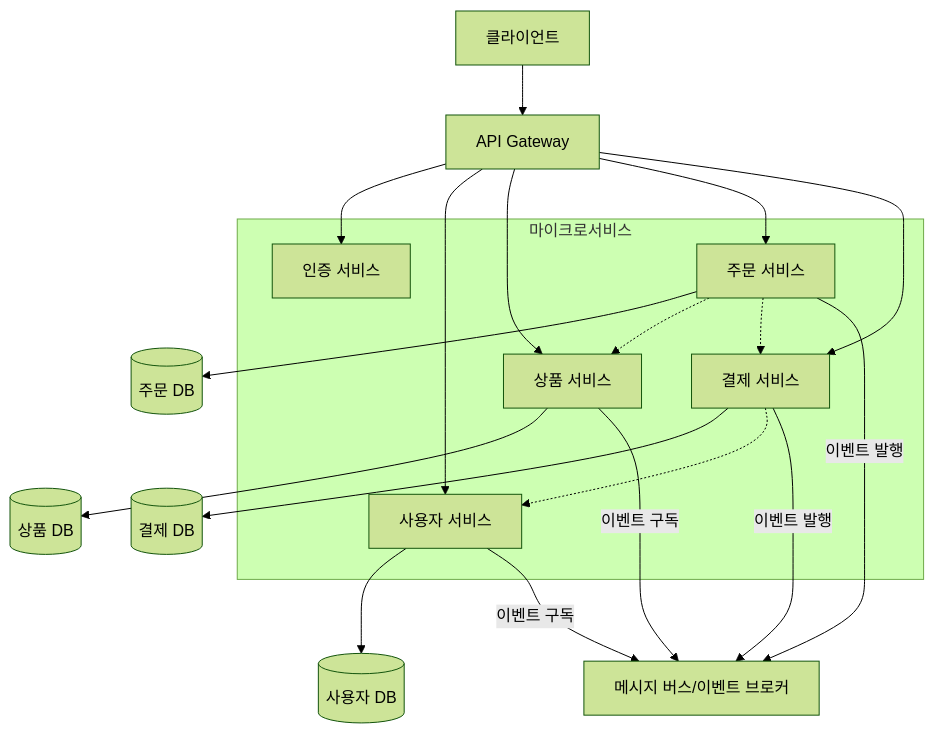
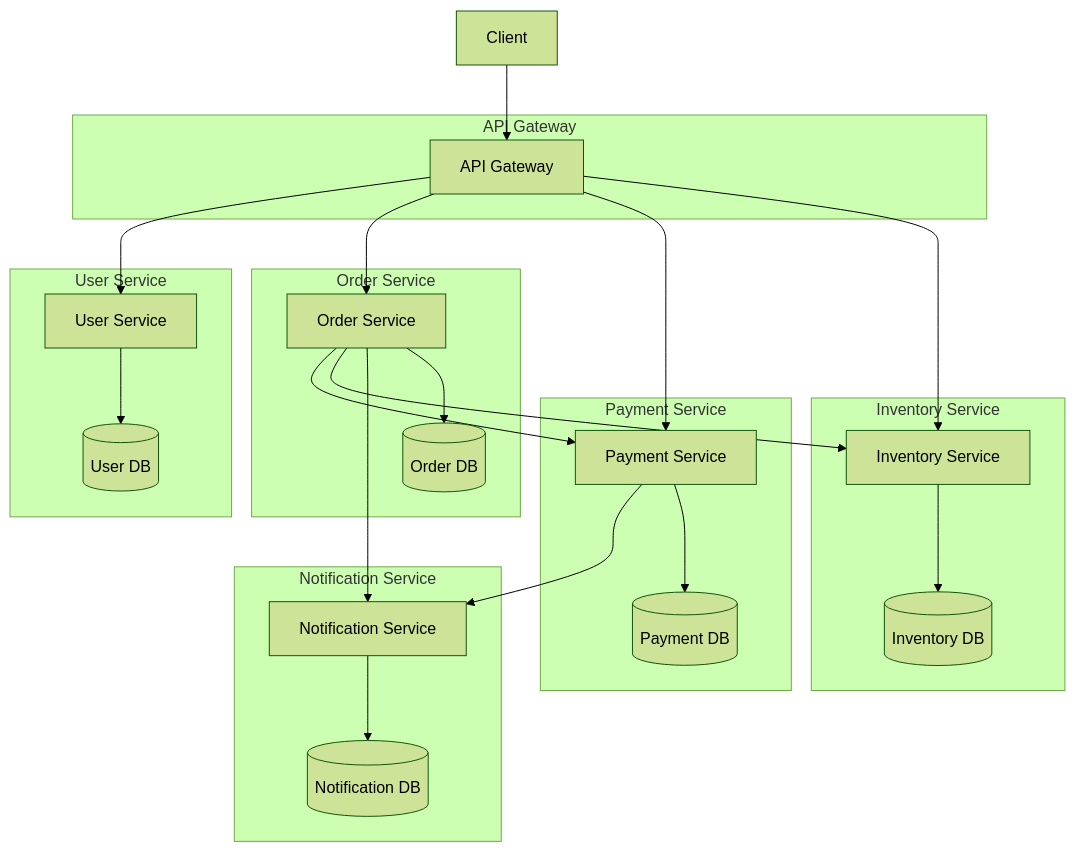
The second of 8 diagrams in Challenge/System Architecture.md (jjjjjunhyung/Roadmap), drawn with Mermaid (forest theme) before and after one commit.

Commit message:
Update System Architecture.md

````diff
--- a/Challenge/System Architecture.md
+++ b/Challenge/System Architecture.md
@@ -46,34 +46,48 @@
 ``` mermaid
-graph TB
-    Client[클라이언트] --> Gateway[API Gateway]
-    
-    Gateway --> Auth[인증 서비스]
-    Gateway --> Users[사용자 서비스]
-    Gateway --> Products[상품 서비스]
-    Gateway --> Orders[주문 서비스]
-    Gateway --> Payment[결제 서비스]
-    
-    subgraph "마이크로서비스"
-        Auth
-        Users
-        Products
-        Orders
-        Payment
+graph TD
+    subgraph "API Gateway"
+        AG[API Gateway]
     end
     
-    Users --> UserDB[(사용자 DB)]
-    Products --> ProductDB[(상품 DB)]
-    Orders --> OrderDB[(주문 DB)]
-    Payment --> PaymentDB[(결제 DB)]
+    subgraph "User Service"
+        US[User Service]
+        UDB[(User DB)]
+    end
     
-    Orders -.-> Products
-    Orders -.-> Payment
-    Payment -.-> Users
+    subgraph "Order Service"
+        OS[Order Service]
+        ODB[(Order DB)]
+    end
     
-    MessageBus[메시지 버스/이벤트 브로커]
+    subgraph "Payment Service"
+        PS[Payment Service]
+        PDB[(Payment DB)]
+    end
     
-    Orders --이벤트 발행--> MessageBus
-    Payment --이벤트 발행--> MessageBus
-    Products --이벤트 구독--> MessageBus
-    Users --이벤트 구독--> MessageBus
+    subgraph "Inventory Service"
+        IS[Inventory Service]
+        IDB[(Inventory DB)]
+    end
+    
+    subgraph "Notification Service"
+        NS[Notification Service]
+        NDB[(Notification DB)]
+    end
+    
+    C[Client] --> AG
+    AG --> US
+    AG --> OS
+    AG --> PS
+    AG --> IS
+    
+    OS --> PS
+    OS --> IS
+    PS --> NS
+    OS --> NS
+    
+    US --> UDB
+    OS --> ODB
+    PS --> PDB
+    IS --> IDB
+    NS --> NDB
 ```
````
